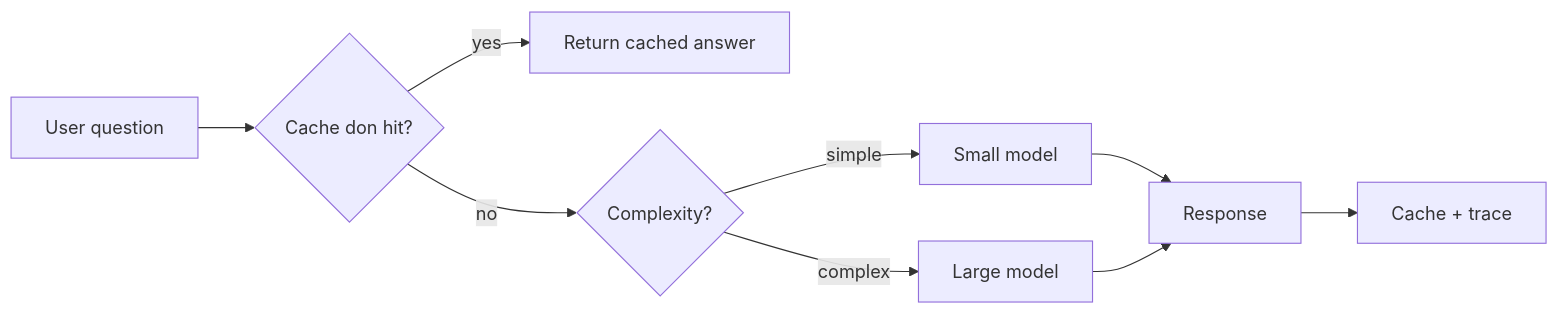
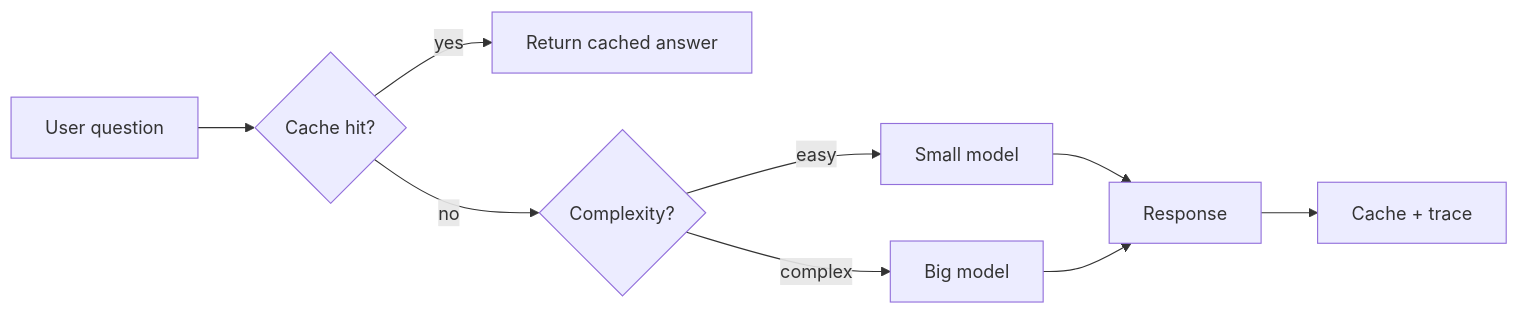
One commit to gabrielmoreira/agent-skills-mirror changed the third of 4 diagrams in mirrors/repos/microsoft@ai-agents-for-beginners/translations/pcm/16-deploying-scalable-agents/README.md. Above: the diagram before and after it, drawn with Mermaid. The commit also changed other lines of this file and 4262 other files, not shown here.

````diff
--- a/mirrors/repos/microsoft@ai-agents-for-beginners/translations/pcm/16-deploying-scalable-agents/README.md
+++ b/mirrors/repos/microsoft@ai-agents-for-beginners/translations/pcm/16-deploying-scalable-agents/README.md
@@ -134,11 +134,11 @@
 ```mermaid
 flowchart LR
-    Q[User question] --> C{Cache don hit?}
+    Q[User question] --> C{Cache hit?}
     C -->|yes| R[Return cached answer]
     C -->|no| Router{Complexity?}
-    Router -->|simple| SLM[Small model]
-    Router -->|complex| LLM[Large model]
+    Router -->|easy| SLM[Small model]
+    Router -->|complex| LLM[Big model]
     SLM --> Out[Response]
     LLM --> Out
     Out --> Store[Cache + trace]
 ```
````
